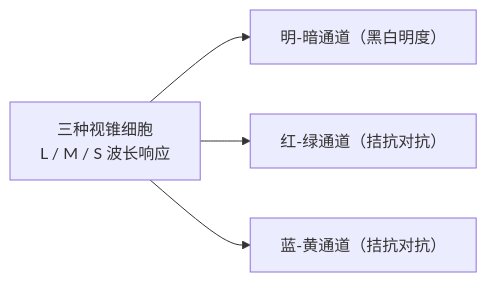
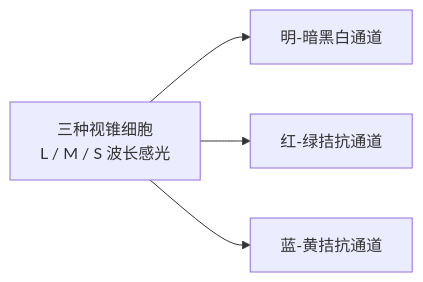
The diagram in docs/04-color.md (yingwang/photography-book), drawn with Mermaid before and after one commit. The commit also changed other lines of this file and 18 other files, not shown here.

````diff
--- a/docs/04-color.md
+++ b/docs/04-color.md
@@ -118,6 +87,6 @@
 ```mermaid
 graph LR
-    A["三种视锥细胞<br/>L / M / S 波长响应"] --> B["明-暗通道（黑白明度）"]
-    A --> C["红-绿通道（拮抗对抗）"]
-    A --> D["蓝-黄通道（拮抗对抗）"]
+    A["三种视锥细胞<br/>L / M / S 波长感光"] --> B["明-暗黑白通道"]
+    A --> C["红-绿拮抗通道"]
+    A --> D["蓝-黄拮抗通道"]
 ```
````
